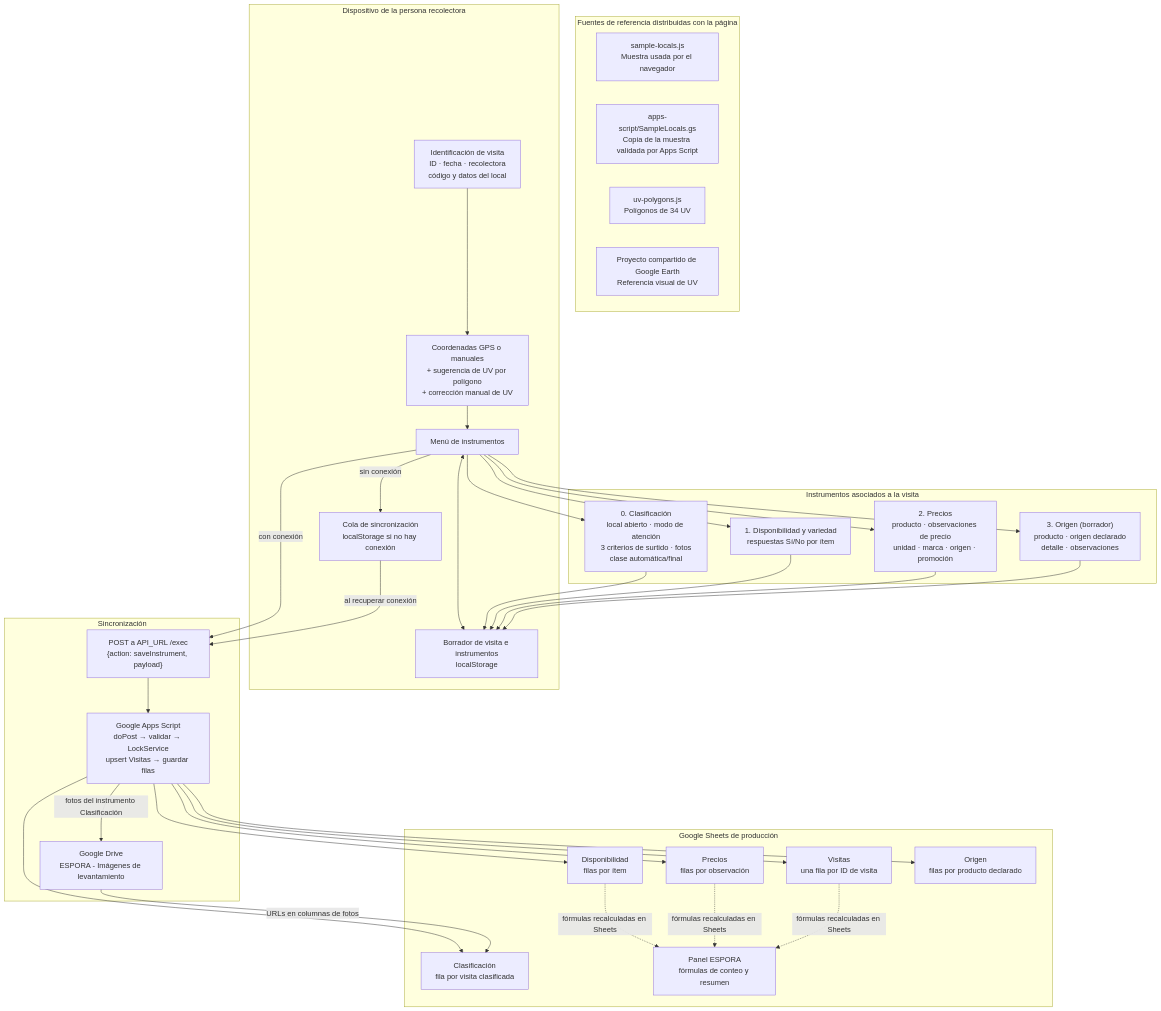
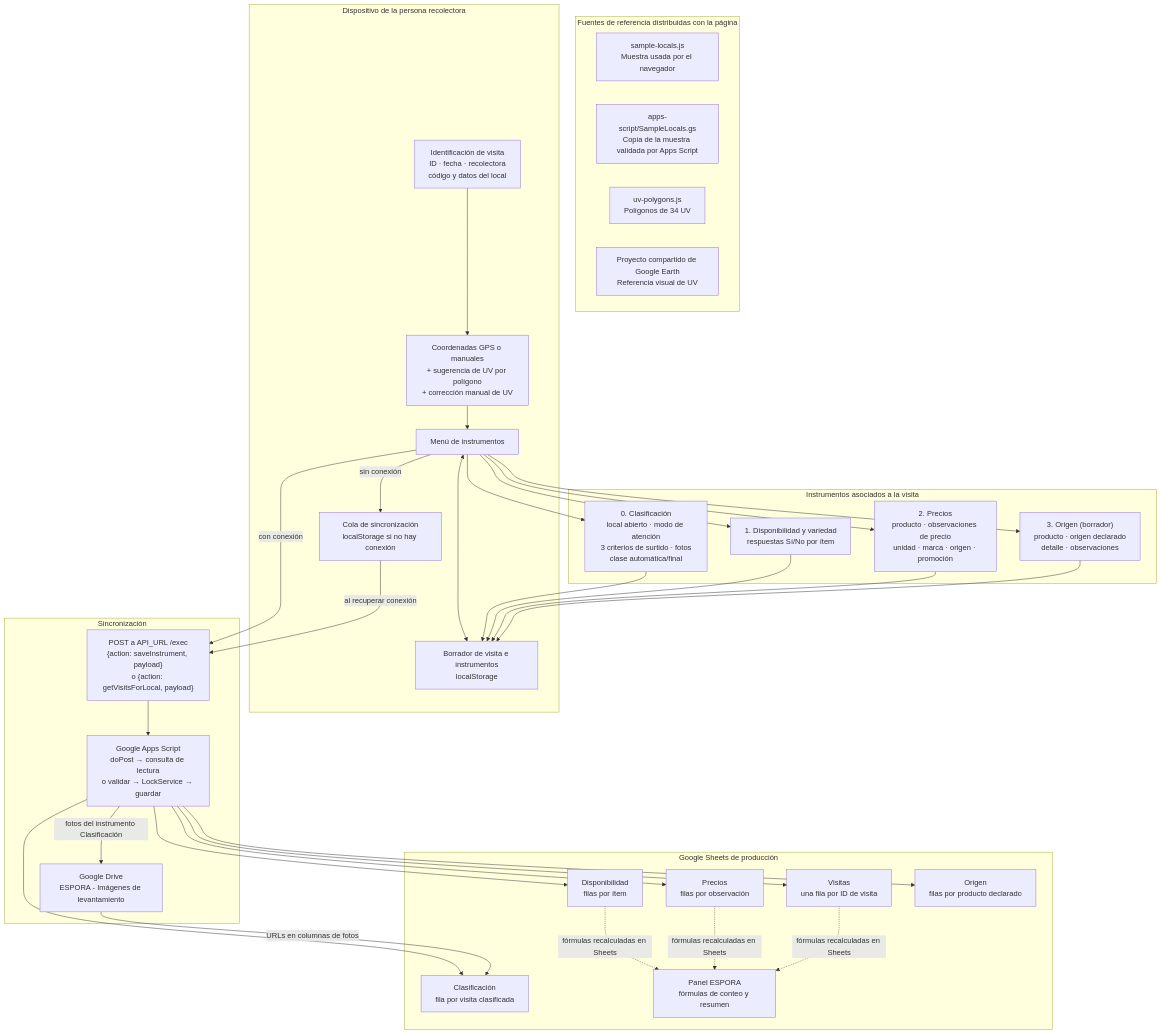
The first of 4 diagrams in FLUJO_DATOS_Y_MAPEO.md (estebancofre-coy/observatorio-espora), drawn with Mermaid before and after one commit. The commit also changed other lines of this file and 6 other files, not shown here.

````diff
--- a/FLUJO_DATOS_Y_MAPEO.md
+++ b/FLUJO_DATOS_Y_MAPEO.md
@@ -7,63 +7,63 @@
 ```mermaid
 flowchart TB
   subgraph FUENTES["Fuentes de referencia distribuidas con la página"]
     SM["sample-locals.js<br/>Muestra usada por el navegador"]
     SG["apps-script/SampleLocals.gs<br/>Copia de la muestra validada por Apps Script"]
     UV["uv-polygons.js<br/>Polígonos de 34 UV"]
     EARTH["Proyecto compartido de Google Earth<br/>Referencia visual de UV"]
   end
 
   subgraph CAPTURA["Dispositivo de la persona recolectora"]
     IDENT["Identificación de visita<br/>ID · fecha · recolectora<br/>código y datos del local"]
     GEO["Coordenadas GPS o manuales<br/>+ sugerencia de UV por polígono<br/>+ corrección manual de UV"]
     MENU["Menú de instrumentos"]
     DRAFT["Borrador de visita e instrumentos<br/>localStorage"]
     QUEUE["Cola de sincronización<br/>localStorage si no hay conexión"]
     IDENT --> GEO --> MENU
     MENU <--> DRAFT
     MENU -->|"sin conexión"| QUEUE
   end
 
   subgraph FORMULARIOS["Instrumentos asociados a la visita"]
     CL["0. Clasificación<br/>local abierto · modo de atención<br/>3 criterios de surtido · fotos<br/>clase automática/final"]
     AV["1. Disponibilidad y variedad<br/>respuestas Sí/No por ítem"]
     PR["2. Precios<br/>producto · observaciones de precio<br/>unidad · marca · origen · promoción"]
     OR["3. Origen (borrador)<br/>producto · origen declarado<br/>detalle · observaciones"]
   end
   MENU --> CL
   MENU --> AV
   MENU --> PR
   MENU --> OR
   CL --> DRAFT
   AV --> DRAFT
   PR --> DRAFT
   OR --> DRAFT
 
   subgraph SERVIDOR["Sincronización"]
-    API["POST a API_URL /exec<br/>{action: saveInstrument, payload}"]
-    GAS["Google Apps Script<br/>doPost → validar → LockService<br/>upsert Visitas → guardar filas"]
+    API["POST a API_URL /exec<br/>{action: saveInstrument, payload}<br/>o {action: getVisitsForLocal, payload}"]
+    GAS["Google Apps Script<br/>doPost → consulta de lectura<br/>o validar → LockService → guardar"]
     DRIVE["Google Drive<br/>ESPORA - Imágenes de levantamiento"]
   end
   MENU -->|"con conexión"| API
   QUEUE -->|"al recuperar conexión"| API
   API --> GAS
   GAS -->|"fotos del instrumento Clasificación"| DRIVE
 
   subgraph BASE["Google Sheets de producción"]
     VIS["Visitas<br/>una fila por ID de visita"]
     DISP["Disponibilidad<br/>filas por ítem"]
     PRE["Precios<br/>filas por observación"]
     ORIG["Origen<br/>filas por producto declarado"]
     CLAS["Clasificación<br/>fila por visita clasificada"]
     PANEL["Panel ESPORA<br/>fórmulas de conteo y resumen"]
   end
   GAS --> VIS
   GAS --> DISP
   GAS --> PRE
   GAS --> ORIG
   GAS --> CLAS
   DISP -. "fórmulas recalculadas en Sheets" .-> PANEL
   PRE -. "fórmulas recalculadas en Sheets" .-> PANEL
   VIS -. "fórmulas recalculadas en Sheets" .-> PANEL
   DRIVE -->|"URLs en columnas de fotos"| CLAS
 ```
````
